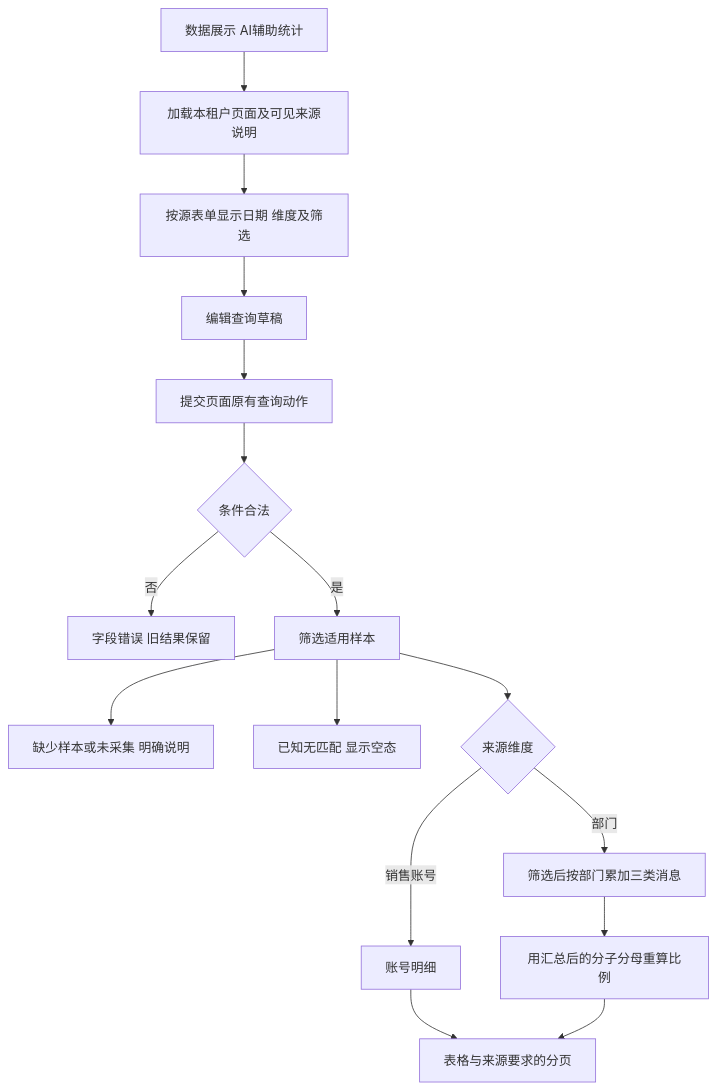
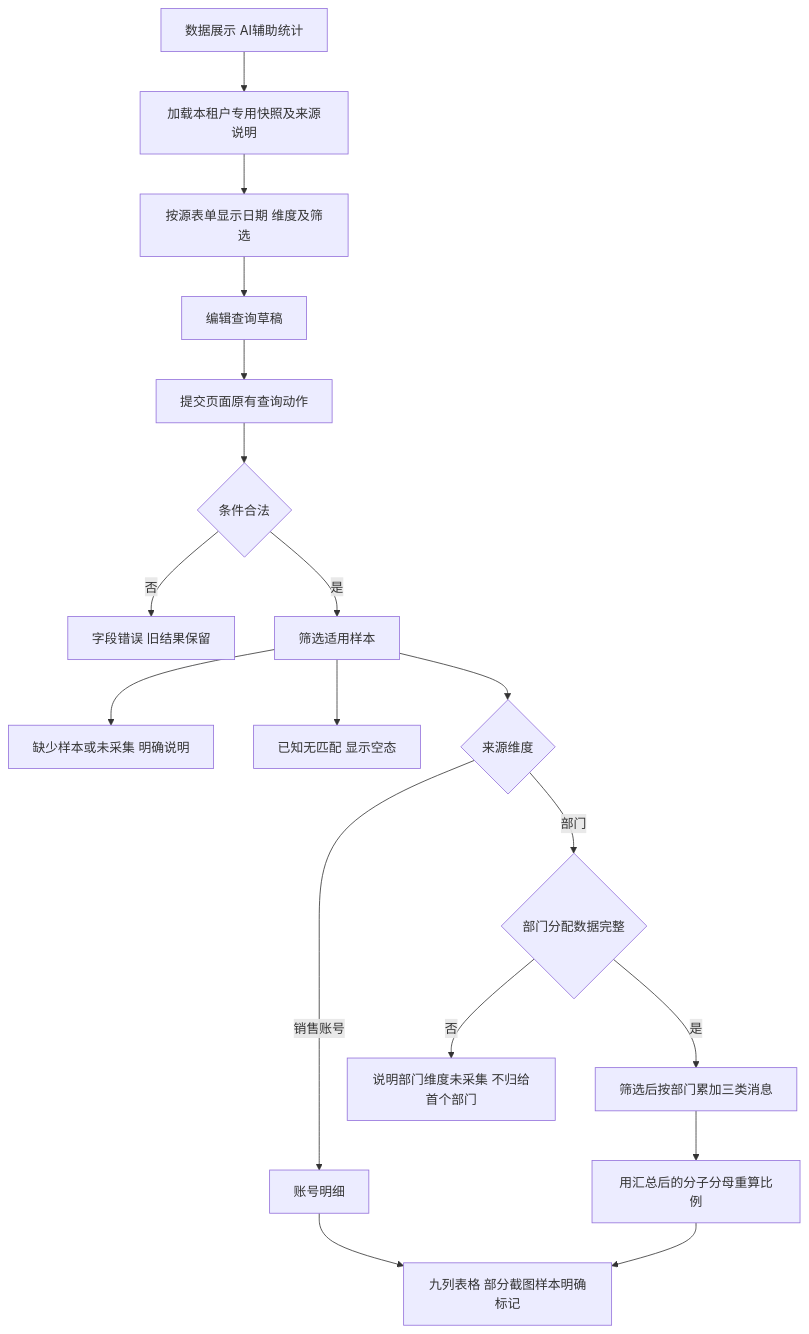
The first of 2 diagrams in flowcharts/ai-assisted-message-stats.md (xfang9528-glitch/suiyin-admin), drawn with Mermaid before and after one commit. The commit also changed other lines of this file and 88 other files, not shown here.

````diff
--- a/flowcharts/ai-assisted-message-stats.md
+++ b/flowcharts/ai-assisted-message-stats.md
@@ -7,18 +7,20 @@
 ```mermaid
 flowchart TD
-    Enter[数据展示 AI辅助统计] --> Source[加载本租户页面及可见来源说明]
+    Enter[数据展示 AI辅助统计] --> Source[加载本租户专用快照及来源说明]
     Source --> Form[按源表单显示日期 维度及筛选]
     Form --> Draft[编辑查询草稿]
     Draft --> Submit[提交页面原有查询动作]
     Submit --> Valid{条件合法}
     Valid -->|否| Error[字段错误 旧结果保留]
     Valid -->|是| Rows[筛选适用样本]
     Rows --> Missing[缺少样本或未采集 明确说明]
     Rows --> Empty[已知无匹配 显示空态]
     Rows --> Mode{来源维度}
     Mode -->|销售账号| Accounts[账号明细]
-    Mode -->|部门| Sum[筛选后按部门累加三类消息]
+    Mode -->|部门| Allocation{部门分配数据完整}
+    Allocation -->|否| DeptMissing[说明部门维度未采集 不归给首个部门]
+    Allocation -->|是| Sum[筛选后按部门累加三类消息]
     Sum --> Ratio[用汇总后的分子分母重算比例]
-    Accounts --> Result[表格与来源要求的分页]
+    Accounts --> Result[九列表格 部分截图样本明确标记]
     Ratio --> Result
 ```
````
